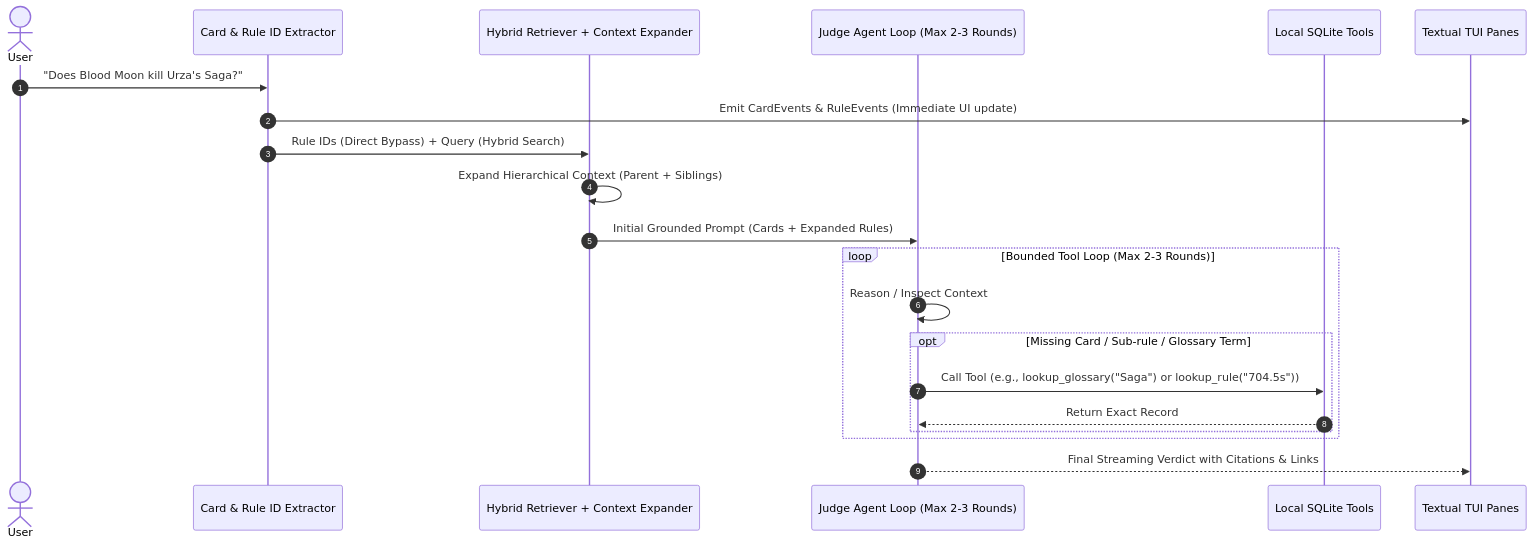
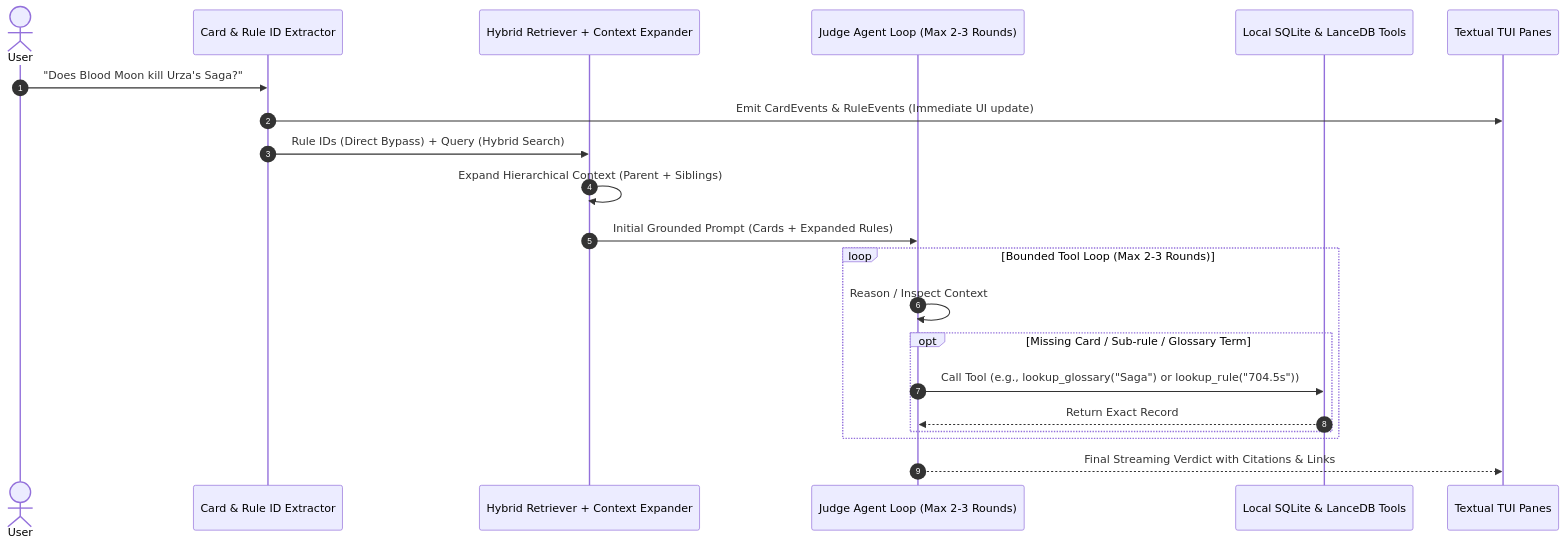
One commit to psi-mon/juuudge changed the diagram in docs/superpowers/specs/2026-09-04-juuudge-mtg-rules-agent-design.md. Above: the diagram before and after it, drawn with Mermaid. The commit also changed other lines of this file, not shown here.

Commit message:
docs: replace sqlite-vec with embedded LanceDB in design spec

````diff
--- a/docs/superpowers/specs/2026-09-04-juuudge-mtg-rules-agent-design.md
+++ b/docs/superpowers/specs/2026-09-04-juuudge-mtg-rules-agent-design.md
@@ -81,26 +81,26 @@
 ```mermaid
 sequenceDiagram
     autonumber
     actor User
     participant Extractor as Card & Rule ID Extractor
     participant Retriever as Hybrid Retriever + Context Expander
     participant Judge as Judge Agent Loop (Max 2-3 Rounds)
-    participant LocalDB as Local SQLite Tools
+    participant LocalDB as Local SQLite & LanceDB Tools
     participant TUI as Textual TUI Panes
 
     User->>Extractor: "Does Blood Moon kill Urza's Saga?"
     Extractor->>TUI: Emit CardEvents & RuleEvents (Immediate UI update)
     Extractor->>Retriever: Rule IDs (Direct Bypass) + Query (Hybrid Search)
     Retriever->>Retriever: Expand Hierarchical Context (Parent + Siblings)
     Retriever->>Judge: Initial Grounded Prompt (Cards + Expanded Rules)
     
     loop Bounded Tool Loop (Max 2-3 Rounds)
         Judge->>Judge: Reason / Inspect Context
         opt Missing Card / Sub-rule / Glossary Term
             Judge->>LocalDB: Call Tool (e.g., lookup_glossary("Saga") or lookup_rule("704.5s"))
             LocalDB-->>Judge: Return Exact Record
         end
     end
 
     Judge-->>TUI: Final Streaming Verdict with Citations & Links
 ```
````
